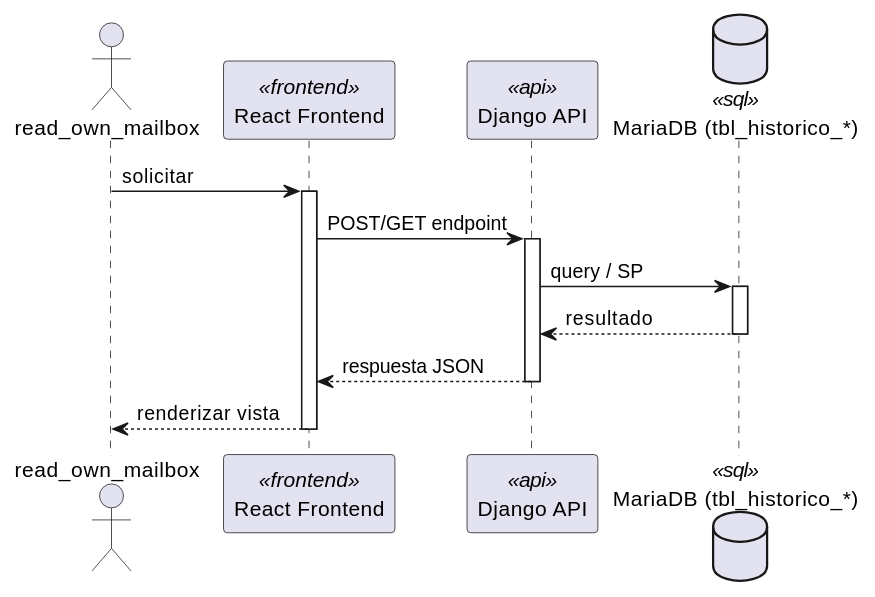
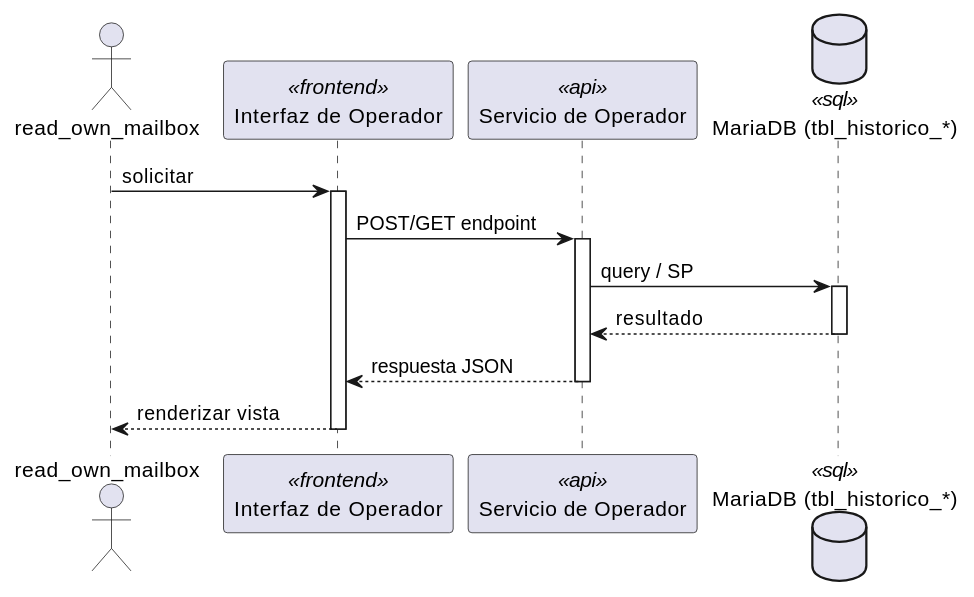
One commit to jcg-admin/IACT-docs changed the first of 2 diagrams in source/arquitectura-tecnica/DesignView/opr-10.rst. Above: the diagram before and after it, drawn with PlantUML. The commit also changed other lines of this file and 243 other files, not shown here.

First line of the commit message:
Add missing diagrams and fix participant names across Kruchten views

```diff
--- a/source/arquitectura-tecnica/DesignView/opr-10.rst
+++ b/source/arquitectura-tecnica/DesignView/opr-10.rst
@@ -22,28 +22,28 @@
 .. uml::
  :caption: UC_OPR_10 — Design View (secuencia)
 
  @startuml
 
  actor "read_own_mailbox" as read_own_mailbox
- participant "React Frontend" as Frontend <<frontend>>
- participant "Django API" as APIServer <<api>>
- database "MariaDB (tbl_historico_*)" as BaseDatos <<sql>>
+ participant "Interfaz de Operador" as Iface <<frontend>>
+ participant "Servicio de Operador" as SvcNode <<api>>
+ database "MariaDB (tbl_historico_*)" as Store <<sql>>
 
- read_own_mailbox -> Frontend : solicitar
- activate Frontend
+ read_own_mailbox -> Iface : solicitar
+ activate Iface
 
- Frontend -> APIServer : POST/GET endpoint
- activate APIServer
+ Iface -> SvcNode : POST/GET endpoint
+ activate SvcNode
 
- APIServer -> BaseDatos : query / SP
- activate BaseDatos
- BaseDatos --> APIServer : resultado
- deactivate BaseDatos
+ SvcNode -> Store : query / SP
+ activate Store
+ Store --> SvcNode : resultado
+ deactivate Store
 
- APIServer --> Frontend : respuesta JSON
- deactivate APIServer
+ SvcNode --> Iface : respuesta JSON
+ deactivate SvcNode
 
- Frontend --> read_own_mailbox : renderizar vista
- deactivate Frontend
+ Iface --> read_own_mailbox : renderizar vista
+ deactivate Iface
 
  @enduml
```
